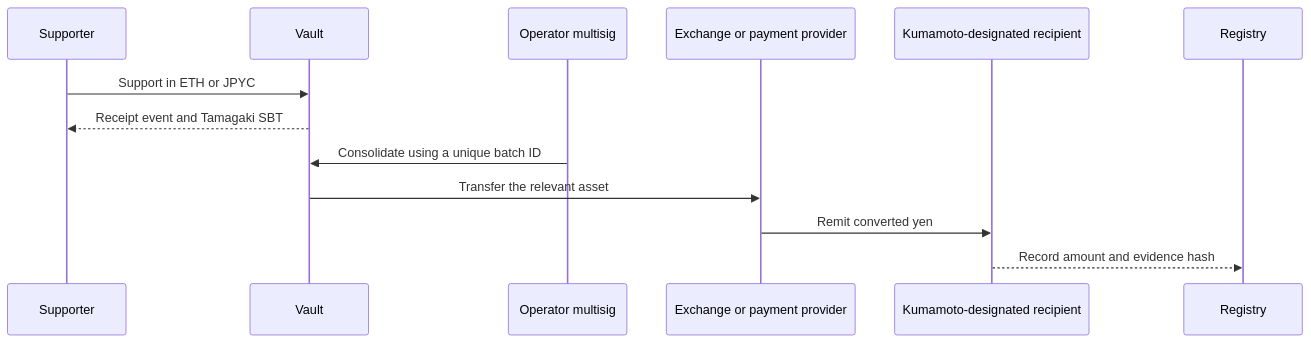
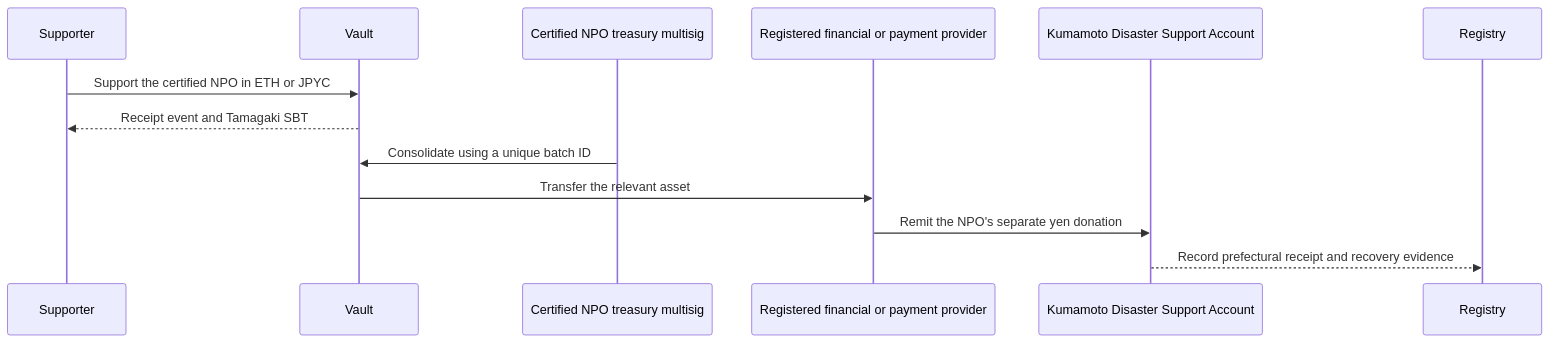
The diagram in docs/en/fund-flow.md (ShigeichiroYamasaki/yui-no-kaki-kumamoto), drawn with Mermaid before and after one commit. The commit also changed other lines of this file and 44 other files, not shown here.

Commit message:
Harden contracts and define certified NPO operations

````diff
--- a/docs/en/fund-flow.md
+++ b/docs/en/fund-flow.md
@@ -11,15 +11,15 @@
 ```mermaid
 sequenceDiagram
   participant S as Supporter
   participant V as Vault
-  participant O as Operator multisig
-  participant E as Exchange or payment provider
-  participant K as Kumamoto-designated recipient
+  participant O as Certified NPO treasury multisig
+  participant E as Registered financial or payment provider
+  participant K as Kumamoto Disaster Support Account
   participant R as Registry
-  S->>V: Support in ETH or JPYC
+  S->>V: Support the certified NPO in ETH or JPYC
   V-->>S: Receipt event and Tamagaki SBT
   O->>V: Consolidate using a unique batch ID
   V->>E: Transfer the relevant asset
-  E->>K: Remit converted yen
-  K-->>R: Record amount and evidence hash
+  E->>K: Remit the NPO's separate yen donation
+  K-->>R: Record prefectural receipt and recovery evidence
 ```
````
